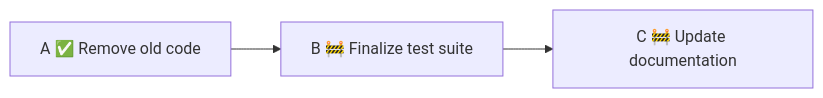
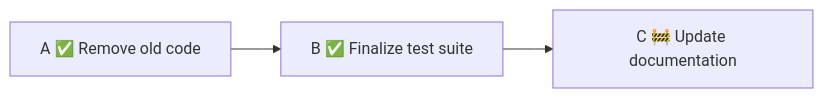
One commit to ruby-git/ruby-git changed the second of 2 diagrams in redesign/3_architecture_implementation.md. Above: the diagram before and after it, drawn with Mermaid. The commit also changed other lines of this file, not shown here.

````diff
--- a/redesign/3_architecture_implementation.md
+++ b/redesign/3_architecture_implementation.md
@@ -1551,5 +1557,5 @@
 ```mermaid
 graph LR
-    A["A ✅ Remove old code"] --> B["B 🚧 Finalize test suite"]
+    A["A ✅ Remove old code"] --> B["B ✅ Finalize test suite"]
     B --> C["C 🚧 Update documentation"]
 ```
````
